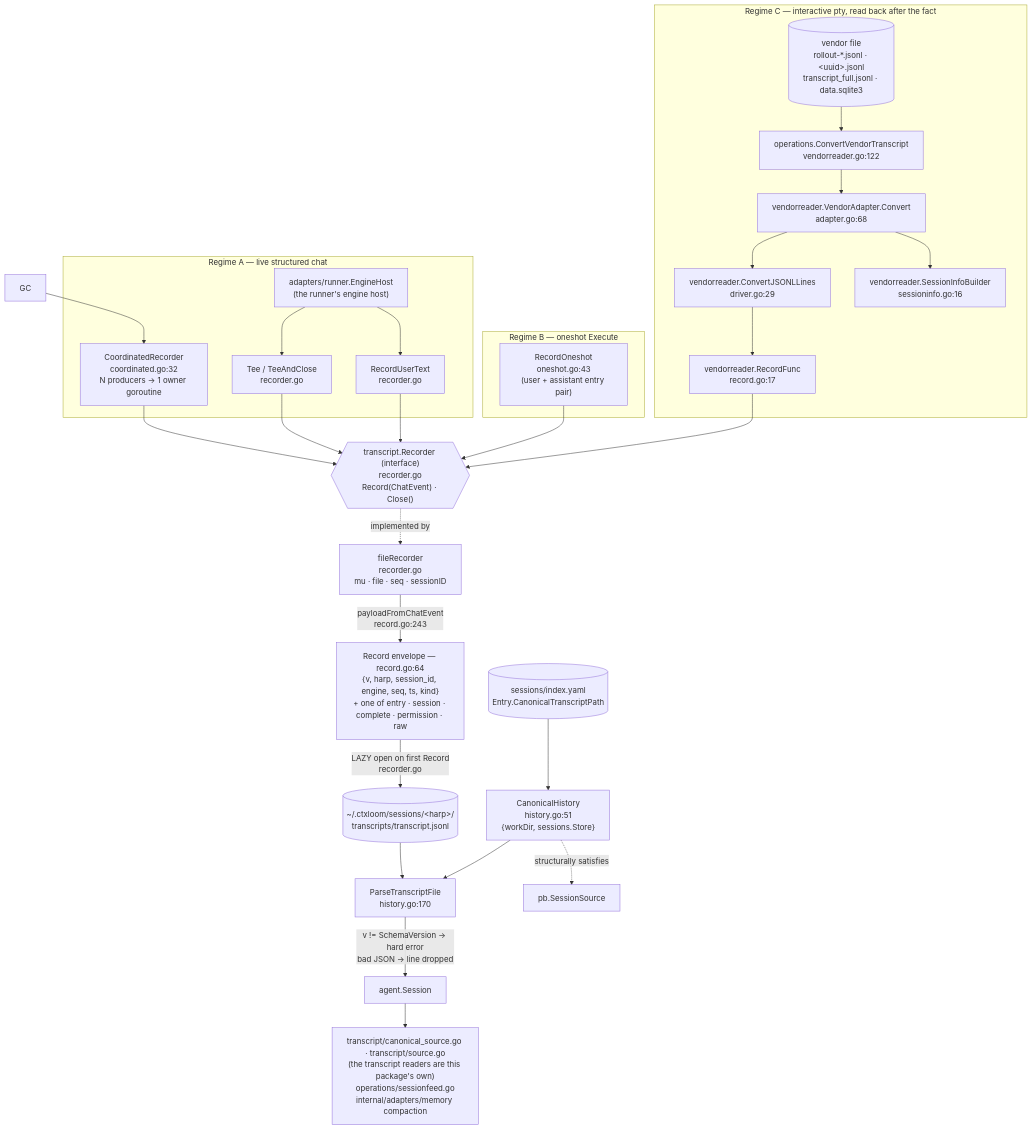
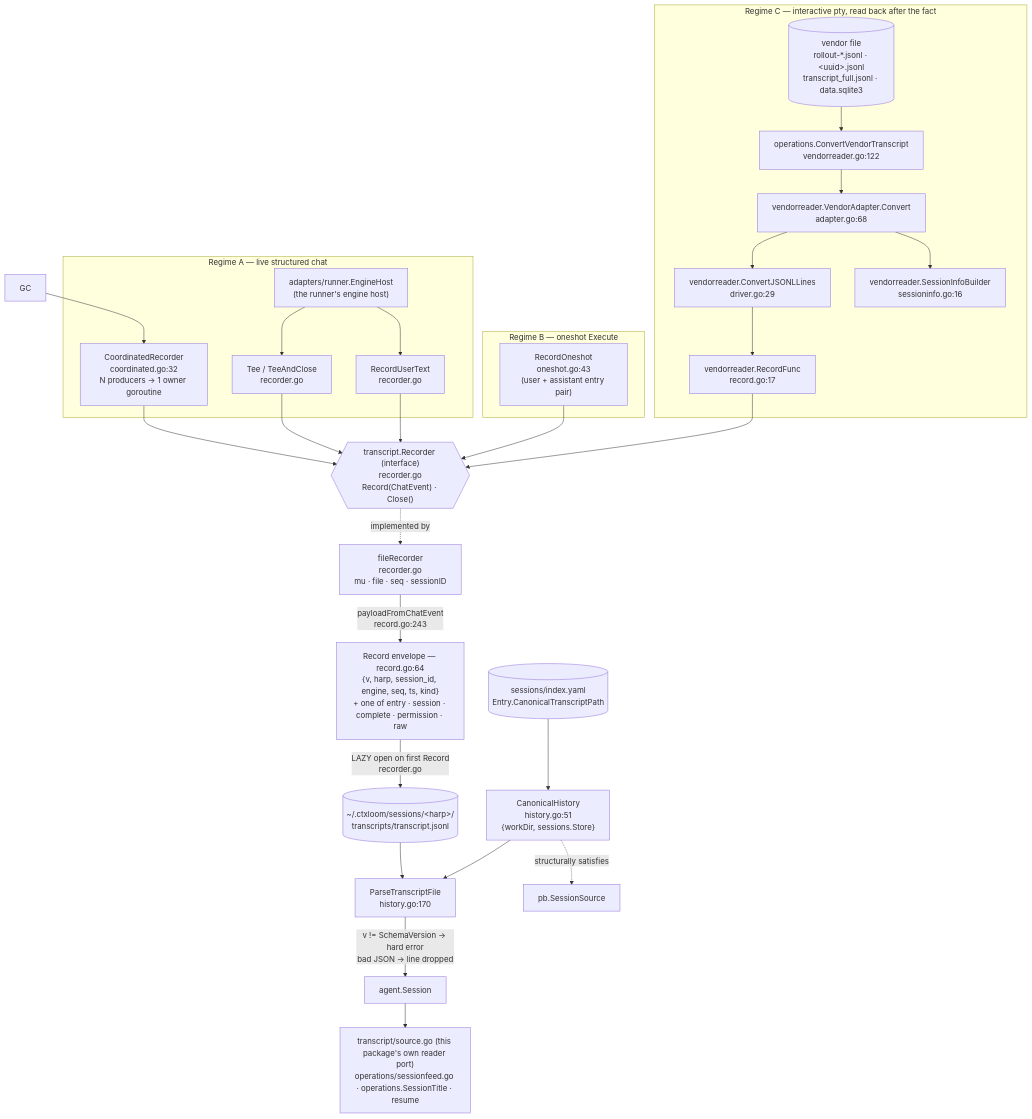
The first of 2 diagrams in docs/architecture/companions/transcript.md (ctxloom/ctxloom), drawn with Mermaid before and after one commit. The commit also changed other lines of this file and 55 other files, not shown here.

First line of the commit message:
docs: session compaction removed — release notes, guides, architecture

````diff
--- a/docs/architecture/companions/transcript.md
+++ b/docs/architecture/companions/transcript.md
@@ -23,46 +23,46 @@
 ```mermaid
 flowchart TD
     subgraph live["Regime A — live structured chat"]
       EH["adapters/runner.EngineHost<br/>(the runner's engine host)"]
       CR["CoordinatedRecorder<br/>coordinated.go:32<br/>N producers → 1 owner goroutine"]
       TEE["Tee / TeeAndClose<br/>recorder.go"]
       RUT["RecordUserText<br/>recorder.go"]
     end
 
     subgraph oneshot["Regime B — oneshot Execute"]
       RO["RecordOneshot<br/>oneshot.go:43<br/>(user + assistant entry pair)"]
     end
 
     subgraph vendor["Regime C — interactive pty, read back after the fact"]
       VF[("vendor file<br/>rollout-*.jsonl · &lt;uuid&gt;.jsonl<br/>transcript_full.jsonl · data.sqlite3")]
       CVT["operations.ConvertVendorTranscript<br/>vendorreader.go:122"]
       VA["vendorreader.VendorAdapter.Convert<br/>adapter.go:68"]
       DRV["vendorreader.ConvertJSONLLines<br/>driver.go:29"]
       SIB["vendorreader.SessionInfoBuilder<br/>sessioninfo.go:16"]
       RF["vendorreader.RecordFunc<br/>record.go:17"]
     end
 
     GC --> CR
     EH --> TEE
     EH --> RUT
     CR --> RECI
     TEE --> RECI
     RUT --> RECI
     RO --> RECI
     VF --> CVT --> VA --> DRV
     VA --> SIB
     DRV --> RF --> RECI
 
     RECI{{"transcript.Recorder (interface)<br/>recorder.go<br/>Record(ChatEvent) · Close()"}}
     RECI -.implemented by.-> FR["fileRecorder<br/>recorder.go<br/>mu · file · seq · sessionID"]
 
     FR -->|"payloadFromChatEvent<br/>record.go:243"| REC["Record envelope — record.go:64<br/>{v, harp, session_id, engine, seq, ts, kind}<br/>+ one of entry · session · complete · permission · raw"]
     REC -->|"LAZY open on first Record<br/>recorder.go"| DISK[("~/.ctxloom/sessions/&lt;harp&gt;/<br/>transcripts/transcript.jsonl")]
 
     DISK --> PTF["ParseTranscriptFile<br/>history.go:170"]
     PTF -->|"v != SchemaVersion → hard error<br/>bad JSON → line dropped"| SESS["agent.Session"]
     CH["CanonicalHistory<br/>history.go:51<br/>{workDir, sessions.Store}"] --> PTF
     CH -.structurally satisfies.-> PBS["pb.SessionSource"]
     IDX[("sessions/index.yaml<br/>Entry.CanonicalTranscriptPath")] --> CH
-    SESS --> CONS["transcript/canonical_source.go · transcript/source.go<br/>(the transcript readers are this package's own)<br/>operations/sessionfeed.go<br/>internal/adapters/memory compaction"]
+    SESS --> CONS["transcript/source.go (this package's own reader port)<br/>operations/sessionfeed.go · operations.SessionTitle · resume"]
 ```
````
